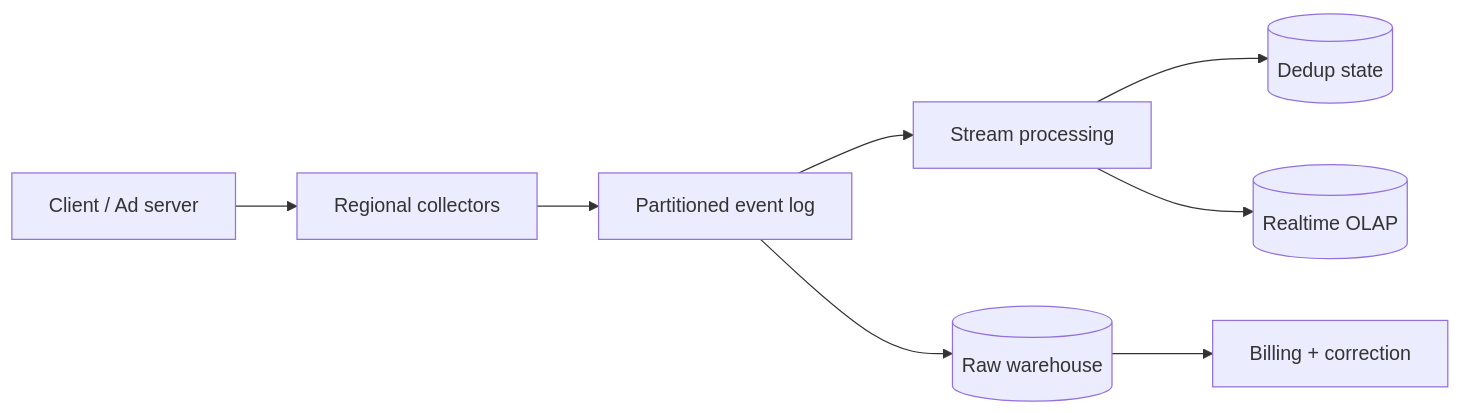
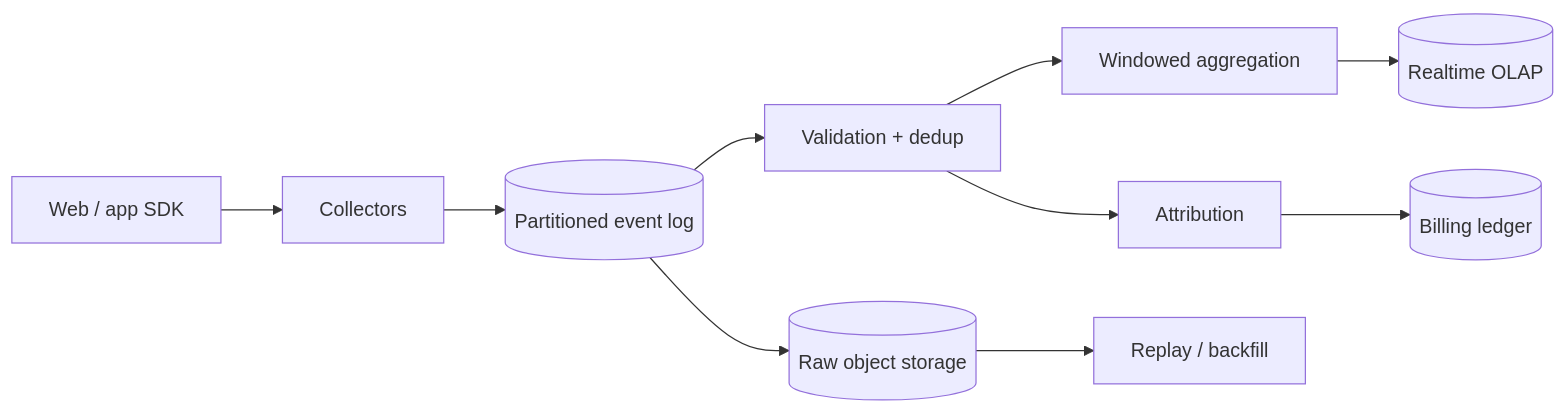
The diagram in src/content/blog/system-design/ad-click-impression-tracking.md (yangzichao/www), drawn with Mermaid before and after one commit. The commit also changed other lines of this file and 18 other files, not shown here.

Commit message:
refactor: Revise URL Shortener design document to enhance clarity and detail on system evolution, API specifications, and architectural considerations

````diff
--- a/src/content/blog/system-design/ad-click-impression-tracking.md
+++ b/src/content/blog/system-design/ad-click-impression-tracking.md
@@ -87,10 +201,12 @@
 ```mermaid
 flowchart LR
-  C[Client / Ad server] --> I[Regional collectors]
-  I --> K[Partitioned event log]
-  K --> S[Stream processing]
-  S --> D[(Dedup state)]
-  S --> R[(Realtime OLAP)]
-  K --> W[(Raw warehouse)]
-  W --> B[Billing + correction]
+  SDK[Web / app SDK] --> C[Collectors]
+  C --> L[(Partitioned event log)]
+  L --> RAW[(Raw object storage)]
+  L --> V[Validation + dedup]
+  V --> A[Windowed aggregation]
+  V --> AT[Attribution]
+  A --> O[(Realtime OLAP)]
+  AT --> B[(Billing ledger)]
+  RAW --> R[Replay / backfill]
 ```
````
